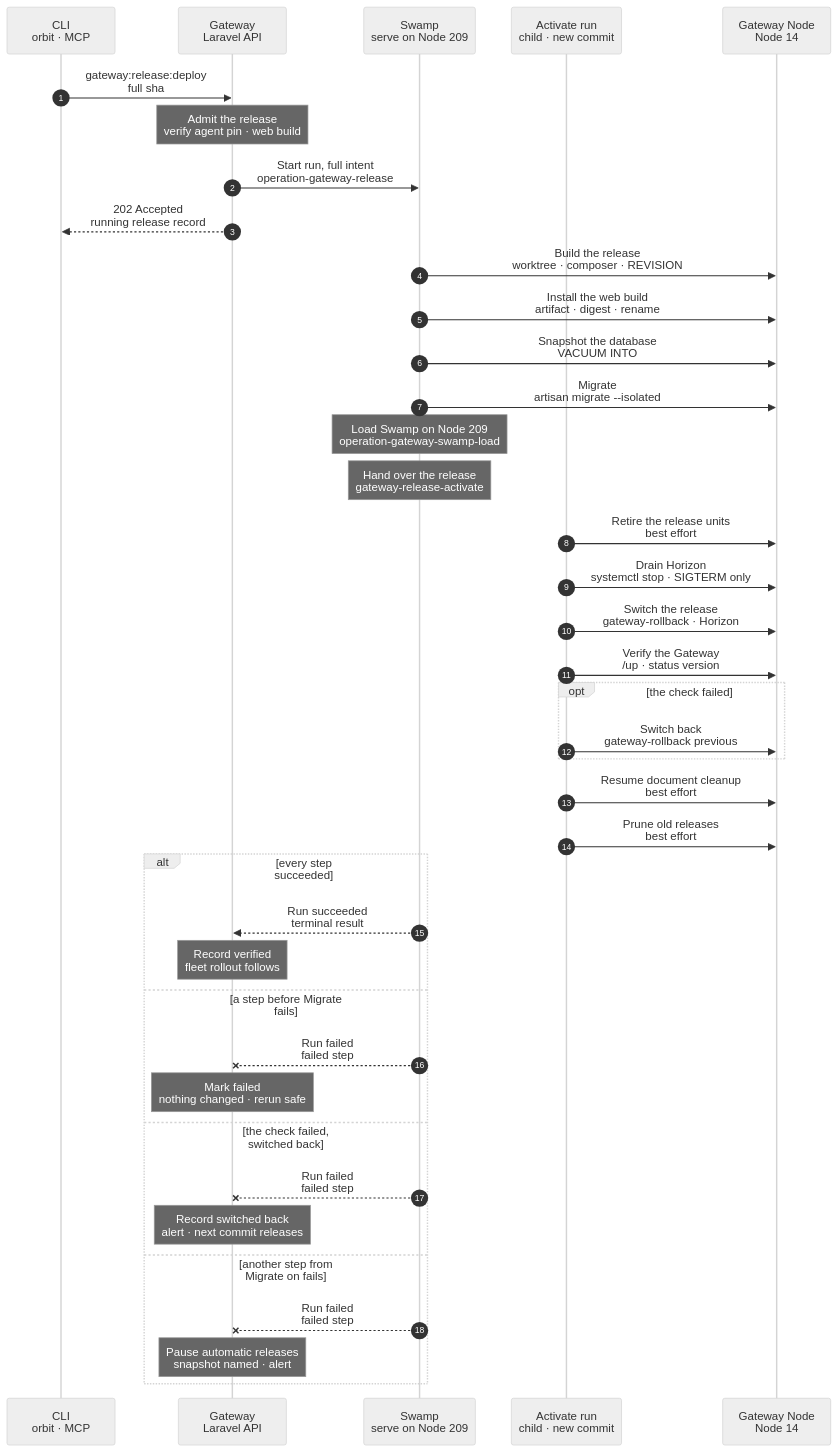
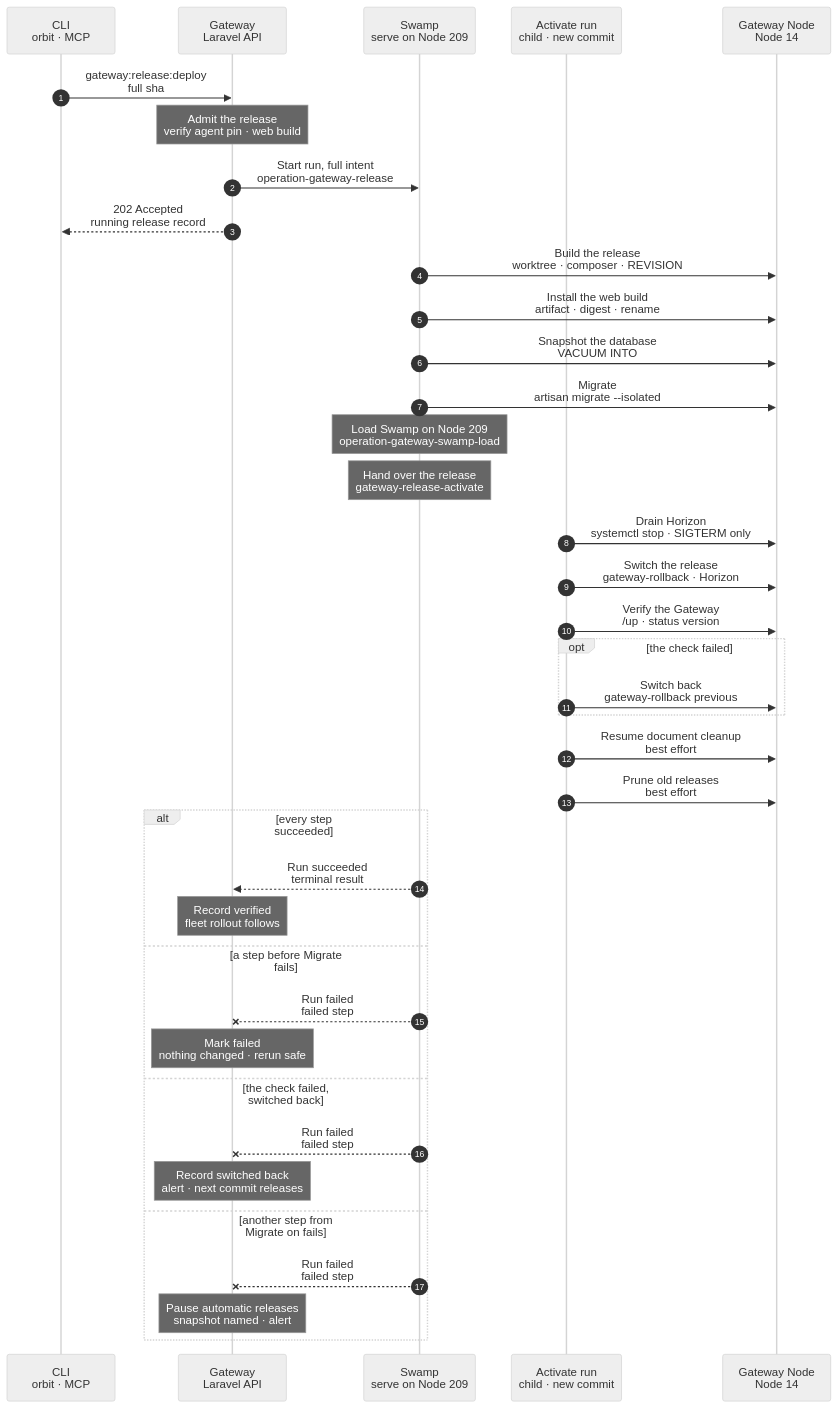
Before and after one commit to hardimpactdev/orbit: the diagram in docs/cli/gateway/release-deploy.mmd, drawn with Mermaid (neutral theme). The commit also changed 8 other files, not shown here.

```diff
--- a/docs/cli/gateway/release-deploy.mmd
+++ b/docs/cli/gateway/release-deploy.mmd
@@ -1,73 +1,72 @@
 sequenceDiagram
   %% Target design: docs/reference/feature-flow.md section 6, one Swamp workflow per Gateway release, manual or automatic.
   %% A failed check switches back; migrations are expand and contract. docs/reference/gateway-recovery.md#release-as-a-swamp-run.
   %% status: reviewed
   %% command: gateway:release:deploy
   %% kind: gateway.release
   %% behavior name: gateway-release-<step>-209 (fixed)
   autonumber
   %% lane TR icon=terminal pill=caller tone=gray
   %% lane GW icon=gateway pill=intent tone=blue
   %% lane SW icon=workflow pill=executes tone=green
   %% lane AC icon=workflow pill=child tone=green
   %% lane GN icon=server pill=target tone=amber
   participant TR as CLI<br/>orbit · MCP
   participant GW as Gateway<br/>Laravel API
   participant SW as Swamp<br/>serve on Node 209
   participant AC as Activate run<br/>child · new commit
   participant GN as Gateway Node<br/>Node 14
   TR->>GW: gateway:release:deploy<br/>full sha
   %%> Command:
   %%> - `orbit gateway:release:deploy <full sha>`; the automatic tick admits the newest green commit the same way
   Note over GW: Admit the release<br/>verify agent pin · web build
   %%> Requirements:
   %%> - the full commit; no other release queued or running
   %%> - the agent pin passes its Sigstore check; CI published the commit's web build
   %%> Result:
   %%> - a running release record; the pin, artifact, Horizon unit and SSH targets frozen as inputs
   GW->>SW: Start run, full intent<br/>operation-gateway-release
   %%> What it does:
   %%> - at run start, mints one read token (contents, actions) into the vault
   GW-->>TR: 202 Accepted<br/>running release record
   SW->>GN: Build the release<br/>worktree · composer · REVISION
   %%> What it does:
   %%> - fetches the commit, refuses one that does not descend from the current release
   %%> - links shared env and storage, installs dependencies, seals with `REVISION` and a cached config
   %%> - a sealed release of the commit is reused
   SW->>GN: Install the web build<br/>artifact · digest · rename
   SW->>GN: Snapshot the database<br/>VACUUM INTO
   SW->>GN: Migrate<br/>artisan migrate --isolated
   %%> On failure:
   %%> - from here until the switch, the release pauses with the old release live
   Note over SW: Load Swamp on Node 209<br/>operation-gateway-swamp-load
   %%> What it does:
   %%> - the load child: checkout, grants the new release rendered, serve reload
   Note over SW: Hand over the release<br/>gateway-release-activate
   %%> Why:
   %%> - the child runs from the definition the load installed, so the switch runs the new commit's steps
-  AC->>GN: Retire the release units<br/>best effort
   AC->>GN: Drain Horizon<br/>systemctl stop · SIGTERM only
   AC->>GN: Switch the release<br/>gateway-rollback · Horizon
   %%> Why:
   %%> - the same script an operator rolls back with: links, PHP-FPM reload, running services restart
   AC->>GN: Verify the Gateway<br/>/up · status version
   opt the check failed
     AC->>GN: Switch back<br/>gateway-rollback previous
   end
   AC->>GN: Resume document cleanup<br/>best effort
   %%> Why:
   %%> - the scheduler restart paused the release cleanups; one that stays paused never fails the release
   AC->>GN: Prune old releases<br/>best effort
   alt every step succeeded
     SW-->>GW: Run succeeded<br/>terminal result
     Note over GW: Record verified<br/>fleet rollout follows
   else a step before Migrate fails
     SW--xGW: Run failed<br/>failed step
     Note over GW: Mark failed<br/>nothing changed · rerun safe
   else the check failed, switched back
     SW--xGW: Run failed<br/>failed step
     Note over GW: Record switched back<br/>alert · next commit releases
   else another step from Migrate on fails
     SW--xGW: Run failed<br/>failed step
     Note over GW: Pause automatic releases<br/>snapshot named · alert
   end
```
